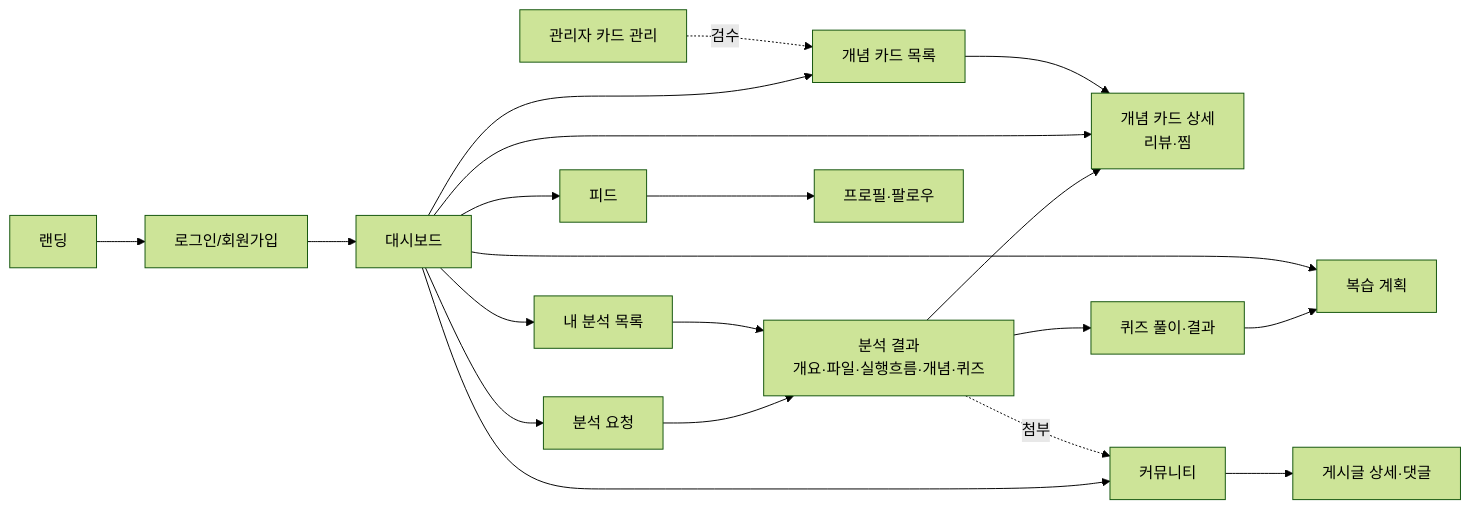
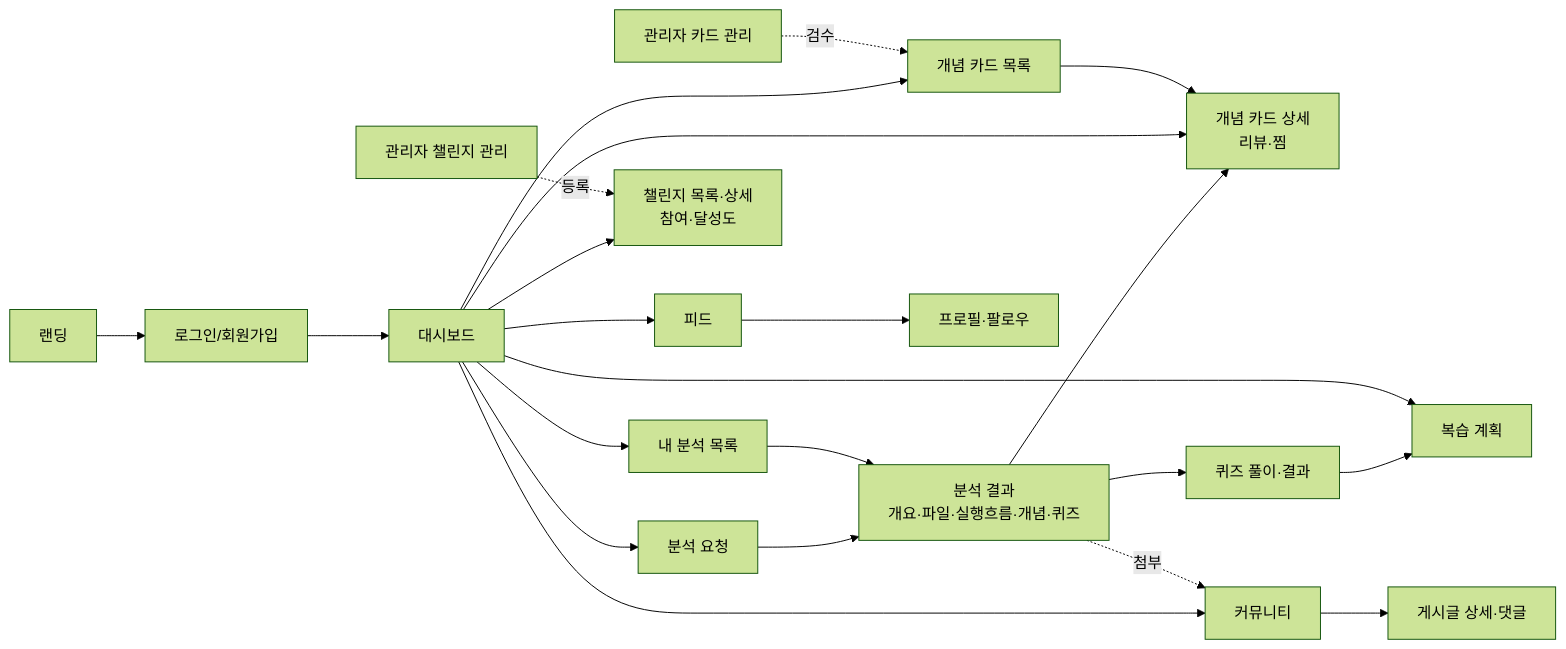
Before and after one commit to whans1996/final: the first of 3 diagrams in docs/기획서.md, drawn with Mermaid (forest theme). The commit also changed other lines of this file and 35 other files, not shown here.

````diff
--- a/docs/기획서.md
+++ b/docs/기획서.md
@@ -142,18 +176,20 @@
 ```mermaid
 flowchart LR
   Landing[랜딩] --> Auth[로그인/회원가입]
   Auth --> Dash[대시보드]
   Dash --> Req[분석 요청]
   Req --> Result[분석 결과<br/>개요·파일·실행흐름·개념·퀴즈]
   Dash --> MyList[내 분석 목록] --> Result
   Result --> Card[개념 카드 상세<br/>리뷰·찜]
   Result --> Quiz[퀴즈 풀이·결과]
   Quiz --> Review[복습 계획]
   Dash --> Review
   Dash --> Card
   Dash --> CardList[개념 카드 목록] --> Card
   Dash --> Board[커뮤니티] --> Post[게시글 상세·댓글]
   Result -. 첨부 .-> Board
   Dash --> Feed[피드] --> Profile[프로필·팔로우]
+  Dash --> Challenge[챌린지 목록·상세<br/>참여·달성도]
   Admin[관리자 카드 관리] -. 검수 .-> CardList
+  AdminCh[관리자 챌린지 관리] -. 등록 .-> Challenge
 ```
````
